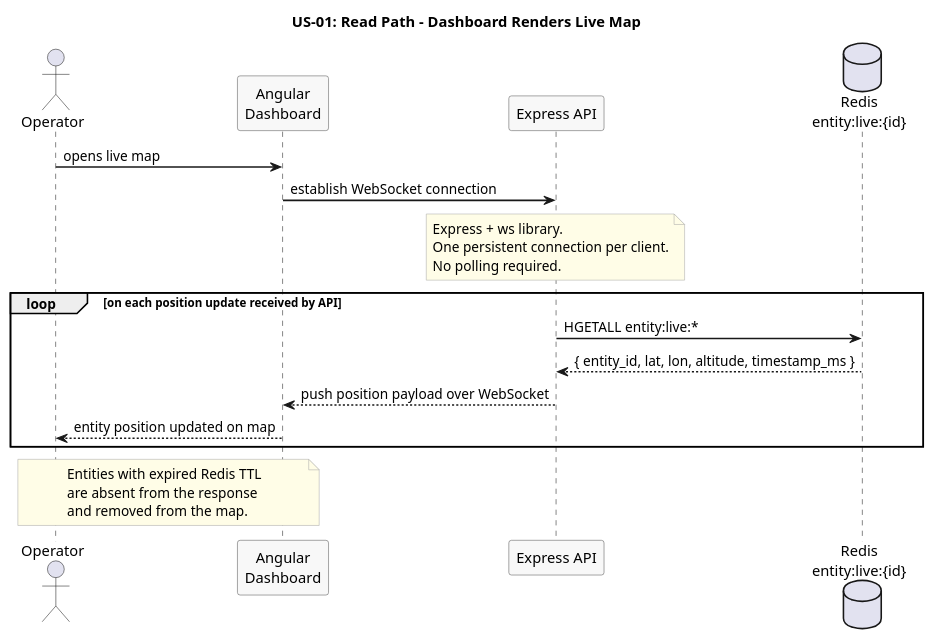
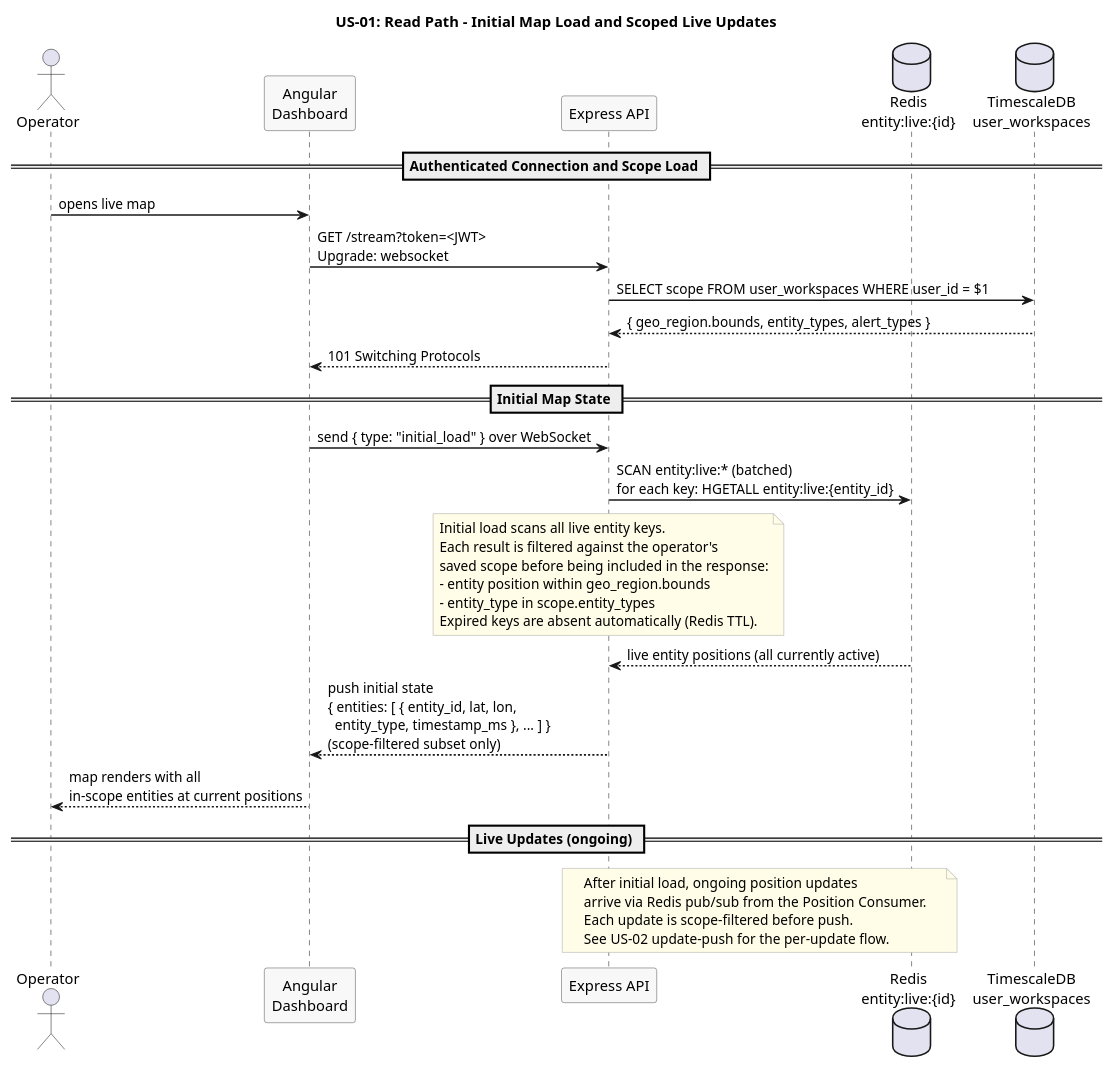
One commit to Buffden/sentinel changed the diagram in docs/use-cases/US-01-live-entity-tracking/read-path.puml. Above: the diagram before and after it, drawn with PlantUML. The commit also changed 13 other files, not shown here.

Commit message:
docs: sync existing use case diagrams with auth, alert table writes, and scope filtering

```diff
--- a/docs/use-cases/US-01-live-entity-tracking/read-path.puml
+++ b/docs/use-cases/US-01-live-entity-tracking/read-path.puml
@@ -1,38 +1,56 @@
 @startuml read-path
-title US-01: Read Path - Dashboard Renders Live Map
+title US-01: Read Path - Initial Map Load and Scoped Live Updates
 
 skinparam sequenceArrowThickness 1.5
 skinparam participantBorderColor #555555
 skinparam participantBackgroundColor #F8F8F8
 skinparam noteBorderColor #AAAAAA
 skinparam noteBackgroundColor #FFFDE7
 
 actor Operator
 participant "Angular\nDashboard" as Dashboard
 participant "Express API" as API
 database "Redis\nentity:live:{id}" as Redis
+database "TimescaleDB\nuser_workspaces" as TSDB
+
+== Authenticated Connection and Scope Load ==
 
 Operator -> Dashboard : opens live map
+Dashboard -> API : GET /stream?token=<JWT>\nUpgrade: websocket
 
-Dashboard -> API : establish WebSocket connection
+API -> TSDB : SELECT scope FROM user_workspaces WHERE user_id = $1
+TSDB --> API : { geo_region.bounds, entity_types, alert_types }
+
+API --> Dashboard : 101 Switching Protocols
+
+== Initial Map State ==
+
+Dashboard -> API : send { type: "initial_load" } over WebSocket
+
+API -> Redis : SCAN entity:live:* (batched)\nfor each key: HGETALL entity:live:{entity_id}
 
 note over API
-  Express + ws library.
-  One persistent connection per client.
-  No polling required.
+  Initial load scans all live entity keys.
+  Each result is filtered against the operator's
+  saved scope before being included in the response:
+  - entity position within geo_region.bounds
+  - entity_type in scope.entity_types
+  Expired keys are absent automatically (Redis TTL).
 end note
 
-loop on each position update received by API
-  API -> Redis : HGETALL entity:live:*
-  Redis --> API : { entity_id, lat, lon, altitude, timestamp_ms }
-  API --> Dashboard : push position payload over WebSocket
-  Dashboard --> Operator : entity position updated on map
-end
+Redis --> API : live entity positions (all currently active)
 
-note over Dashboard, Operator
-  Entities with expired Redis TTL
-  are absent from the response
-  and removed from the map.
+API --> Dashboard : push initial state\n{ entities: [ { entity_id, lat, lon,\n  entity_type, timestamp_ms }, ... ] }\n(scope-filtered subset only)
+
+Dashboard --> Operator : map renders with all\nin-scope entities at current positions
+
+== Live Updates (ongoing) ==
+
+note over API, Redis
+  After initial load, ongoing position updates
+  arrive via Redis pub/sub from the Position Consumer.
+  Each update is scope-filtered before push.
+  See US-02 update-push for the per-update flow.
 end note
 
 @enduml
```
